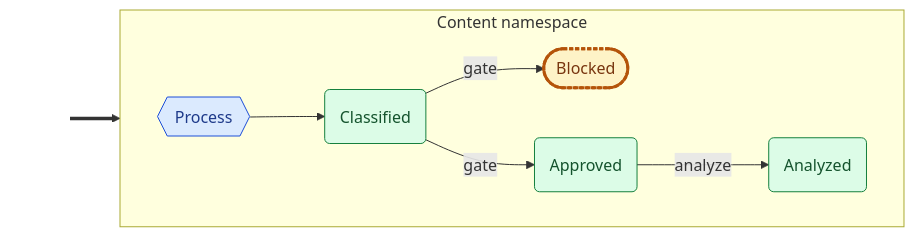
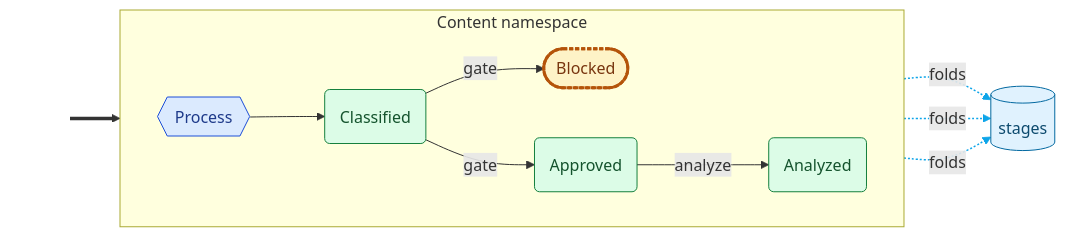
Before and after one commit to cadance-io/langgraph-events: the second of 2 diagrams in examples/content_pipeline.graph.md, drawn with Mermaid. The commit also changed other lines of this file and 20 other files, not shown here.

First line of the commit message:
feat: focused diagrams, reducers in the namespace model, and node notes (#199)

````diff
--- a/examples/content_pipeline.graph.md
+++ b/examples/content_pipeline.graph.md
@@ -50,23 +58,29 @@
 ```mermaid
 graph LR
     classDef entry fill:none,stroke:none,color:none
     classDef cmd fill:#dbeafe,stroke:#1d4ed8,color:#1e3a8a
     classDef devt fill:#dcfce7,stroke:#15803d,color:#14532d
     classDef intg fill:#ede9fe,stroke:#6d28d9,color:#4c1d95
     classDef syst fill:#fef3c7,stroke:#b45309,color:#78350f
     classDef halt fill:#fef3c7,stroke:#b45309,color:#78350f,stroke-width:3px,stroke-dasharray:4 2
     classDef inv fill:#ffedd5,stroke:#c2410c,color:#7c2d12
+    classDef reducer fill:#e0f2fe,stroke:#0369a1,color:#0c4a6e
     subgraph Content["Content namespace"]
         direction LR
         Analyzed(Analyzed):::devt
         Approved(Approved):::devt
         Blocked([Blocked]):::halt
         Classified(Classified):::devt
         Process{{Process}}:::cmd
     end
+    _reducer_stages[(stages)]:::reducer
     _e0_[ ]:::entry ==> Process
     Process --> Classified
     Classified -->|gate| Blocked
     Classified -->|gate| Approved
     Approved -->|analyze| Analyzed
+    Analyzed -.->|folds| _reducer_stages
+    Approved -.->|folds| _reducer_stages
+    Classified -.->|folds| _reducer_stages
+    linkStyle 5,6,7 stroke:#0ea5e9,stroke-width:1.5px,stroke-dasharray:2 2
 ```
````
